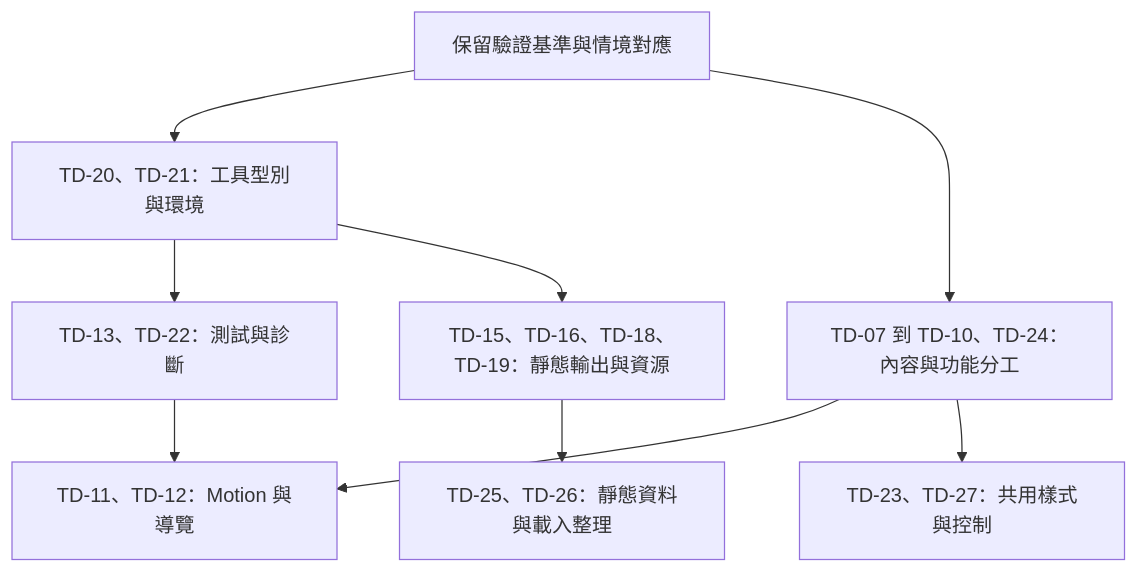
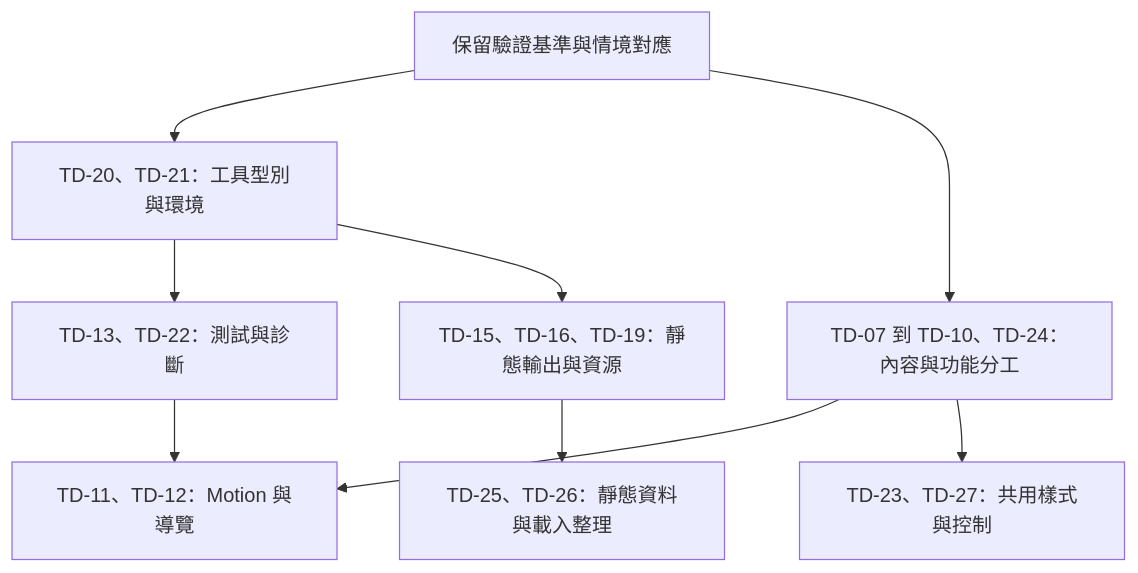
One commit to bingyangchen/bingyangchen.github.io changed the third of 3 diagrams in docs/plans/0001-codebase-technical-debt.md. Above: the diagram before and after it, drawn with Mermaid. The commit also changed other lines of this file and 62 other files, not shown here.

````diff
--- a/docs/plans/0001-codebase-technical-debt.md
+++ b/docs/plans/0001-codebase-technical-debt.md
@@ -314,12 +306,12 @@
 ```mermaid
 flowchart TD
   baseline[保留驗證基準與情境對應]
   baseline --> tooling[TD-20、TD-21：工具型別與環境]
   baseline --> content[TD-07 到 TD-10、TD-24：內容與功能分工]
   tooling --> tests[TD-13、TD-22：測試與診斷]
-  tooling --> build[TD-15、TD-16、TD-18、TD-19：靜態輸出與資源]
+  tooling --> build[TD-15、TD-16、TD-19：靜態輸出與資源]
   content --> logic[TD-11、TD-12：Motion 與導覽]
   tests --> logic
   content --> styles[TD-23、TD-27：共用樣式與控制]
   build --> optional[TD-25、TD-26：靜態資料與載入整理]
 ```
````
